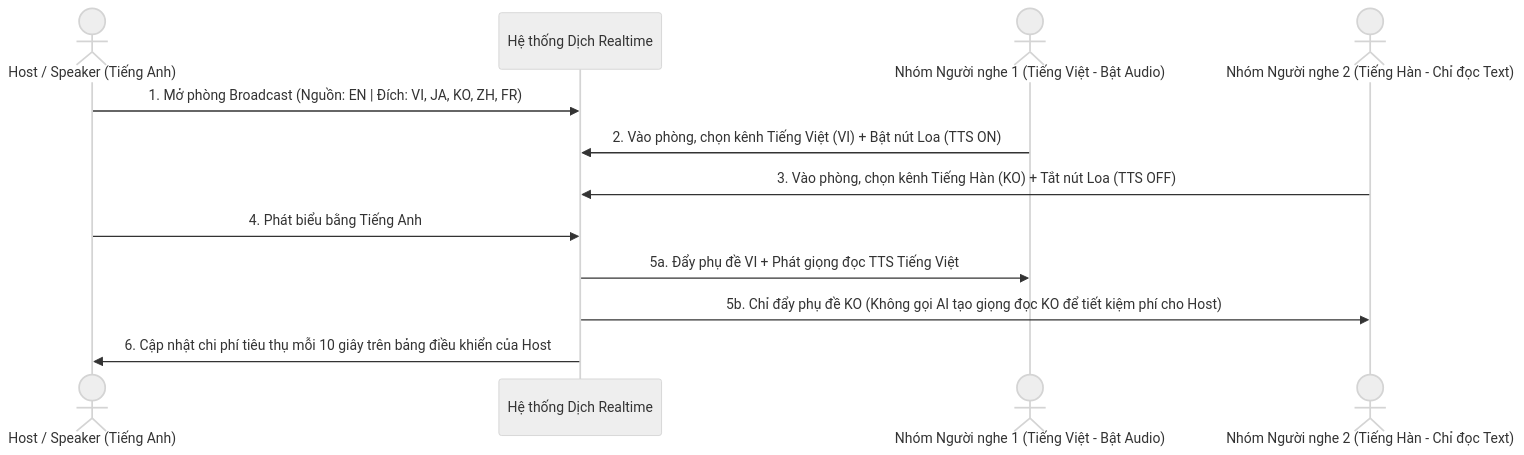
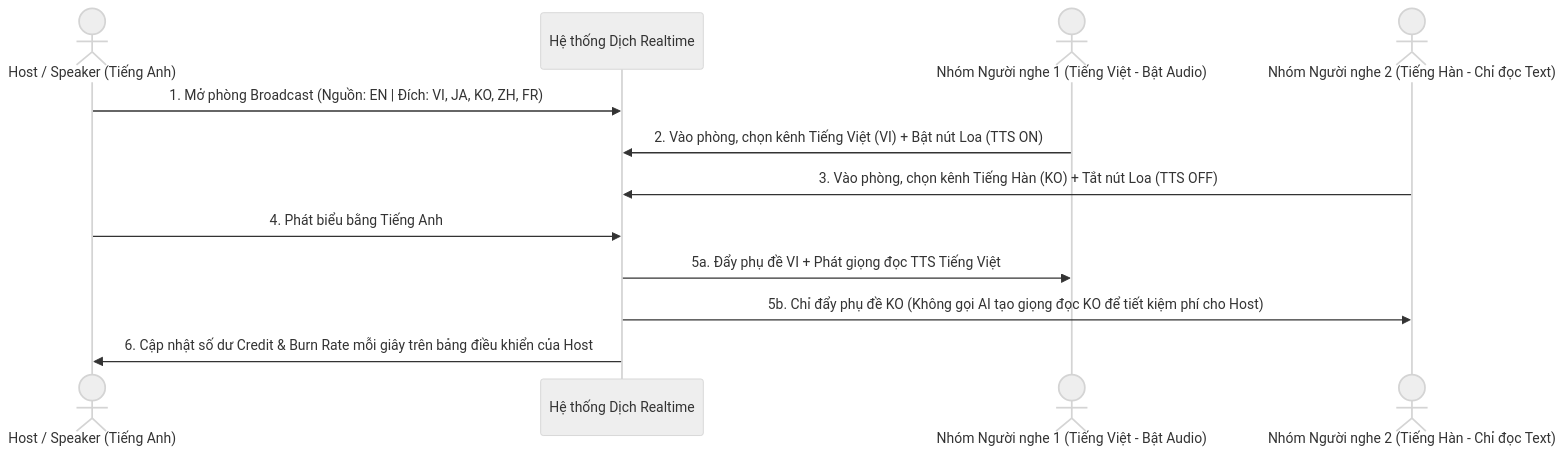
One commit to vuthehuyht/ws-translation-realtime changed the third of 3 diagrams in docs/specs/01-business-requirements-and-billing.md. Above: the diagram before and after it, drawn with Mermaid (neutral theme). The commit also changed other lines of this file and 7 other files, not shown here.

````diff
--- a/docs/specs/01-business-requirements-and-billing.md
+++ b/docs/specs/01-business-requirements-and-billing.md
@@ -84,15 +96,15 @@
 ```mermaid
 sequenceDiagram
     actor H as Host / Speaker (Tiếng Anh)
     participant Sys as Hệ thống Dịch Realtime
     actor L1 as Nhóm Người nghe 1 (Tiếng Việt - Bật Audio)
     actor L2 as Nhóm Người nghe 2 (Tiếng Hàn - Chỉ đọc Text)
 
     H->>Sys: 1. Mở phòng Broadcast (Nguồn: EN | Đích: VI, JA, KO, ZH, FR)
     L1->>Sys: 2. Vào phòng, chọn kênh Tiếng Việt (VI) + Bật nút Loa (TTS ON)
     L2->>Sys: 3. Vào phòng, chọn kênh Tiếng Hàn (KO) + Tắt nút Loa (TTS OFF)
     H->>Sys: 4. Phát biểu bằng Tiếng Anh
     Sys->>L1: 5a. Đẩy phụ đề VI + Phát giọng đọc TTS Tiếng Việt
     Sys->>L2: 5b. Chỉ đẩy phụ đề KO (Không gọi AI tạo giọng đọc KO để tiết kiệm phí cho Host)
-    Sys->>H: 6. Cập nhật chi phí tiêu thụ mỗi 10 giây trên bảng điều khiển của Host
+    Sys->>H: 6. Cập nhật số dư Credit & Burn Rate mỗi giây trên bảng điều khiển của Host
 ```
````
